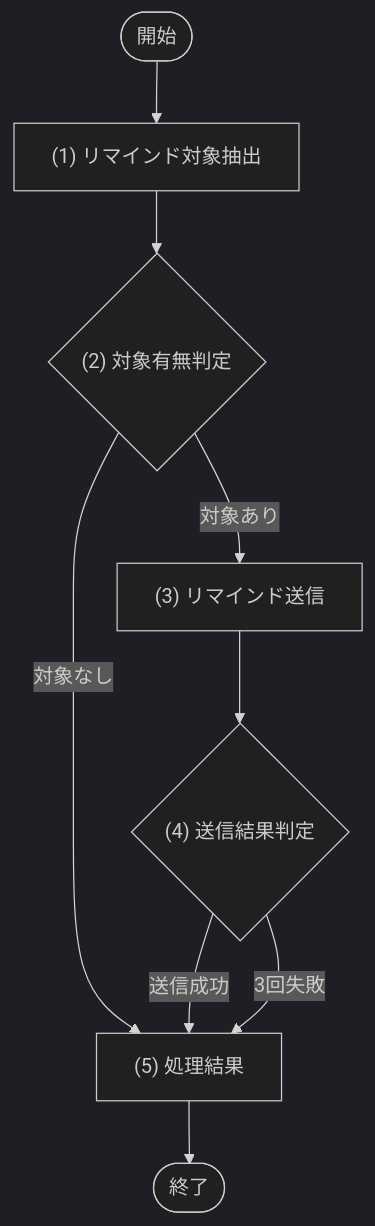
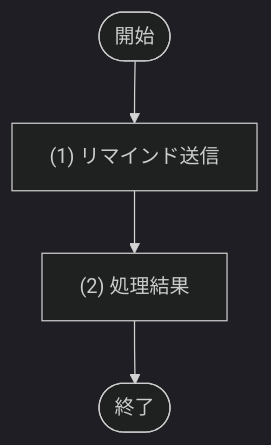
Before and after one commit to sikakou54/system-document-template: the diagram in docs/03_機能設計/04_JOB設計/JOB-001_予約リマインド通知.md, drawn with Mermaid (dark theme). The commit also changed other lines of this file and 38 other files, not shown here.

````diff
--- a/docs/03_機能設計/04_JOB設計/JOB-001_予約リマインド通知.md
+++ b/docs/03_機能設計/04_JOB設計/JOB-001_予約リマインド通知.md
@@ -32,16 +32,9 @@
 ```mermaid
 flowchart TD
   Start([開始])
-  P1["(1) リマインド対象抽出"]
-  D1{"(2) 対象有無判定"}
-  P2["(3) リマインド送信"]
-  D2{"(4) 送信結果判定"}
-  P3["(5) 処理結果"]
+  P1["(1) リマインド送信"]
+  P2["(2) 処理結果"]
   End([終了])
 
-  Start --> P1 --> D1
-  D1 -- "対象なし" --> P3 --> End
-  D1 -- "対象あり" --> P2 --> D2
-  D2 -- "送信成功" --> P3
-  D2 -- "3回失敗" --> P3
+  Start --> P1 --> P2 --> End
 ```
````
